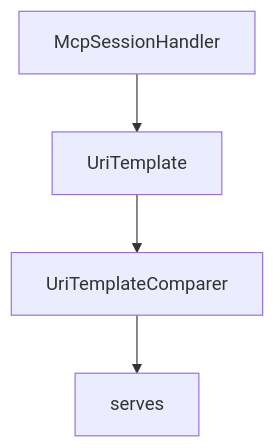
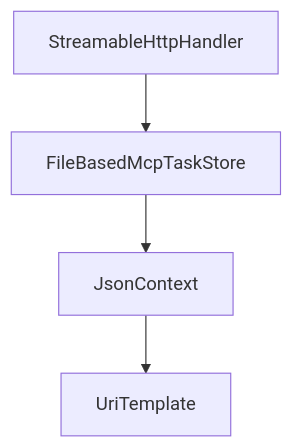
The diagram in tutorials/mcp-csharp-sdk-tutorial/01-getting-started-and-package-selection.md (johnxie/awesome-code-docs), drawn with Mermaid before and after one commit. The commit also changed other lines of this file and 1232 other files, not shown here.

````diff
--- a/tutorials/mcp-csharp-sdk-tutorial/01-getting-started-and-package-selection.md
+++ b/tutorials/mcp-csharp-sdk-tutorial/01-getting-started-and-package-selection.md
@@ -222,10 +220,10 @@
 ```mermaid
 flowchart TD
-    A[McpSessionHandler]
-    B[UriTemplate]
-    C[UriTemplateComparer]
-    D[serves]
+    A[StreamableHttpHandler]
+    B[FileBasedMcpTaskStore]
+    C[JsonContext]
+    D[UriTemplate]
     A --> B
     B --> C
     C --> D
 ```
````
